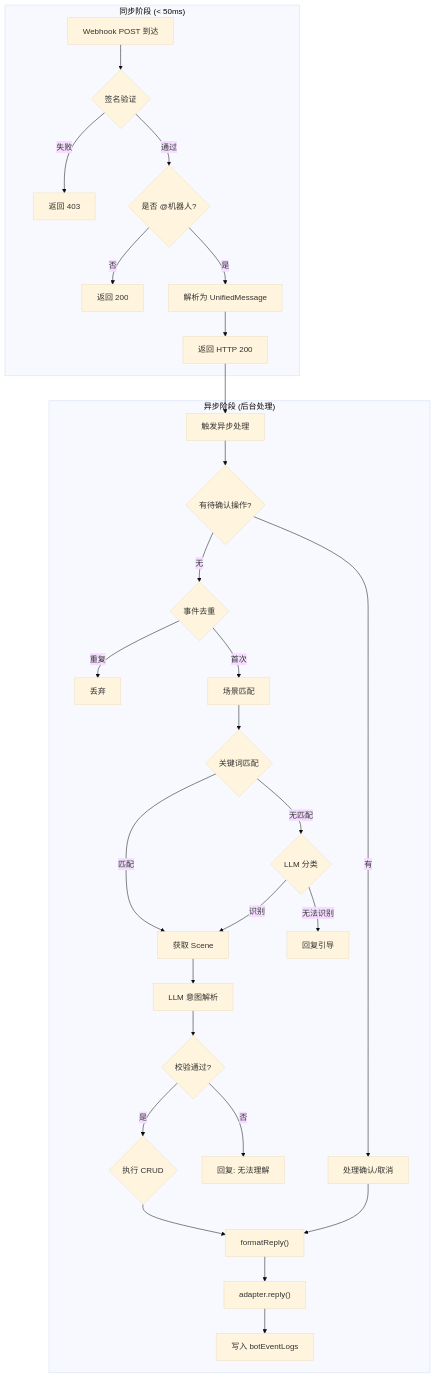
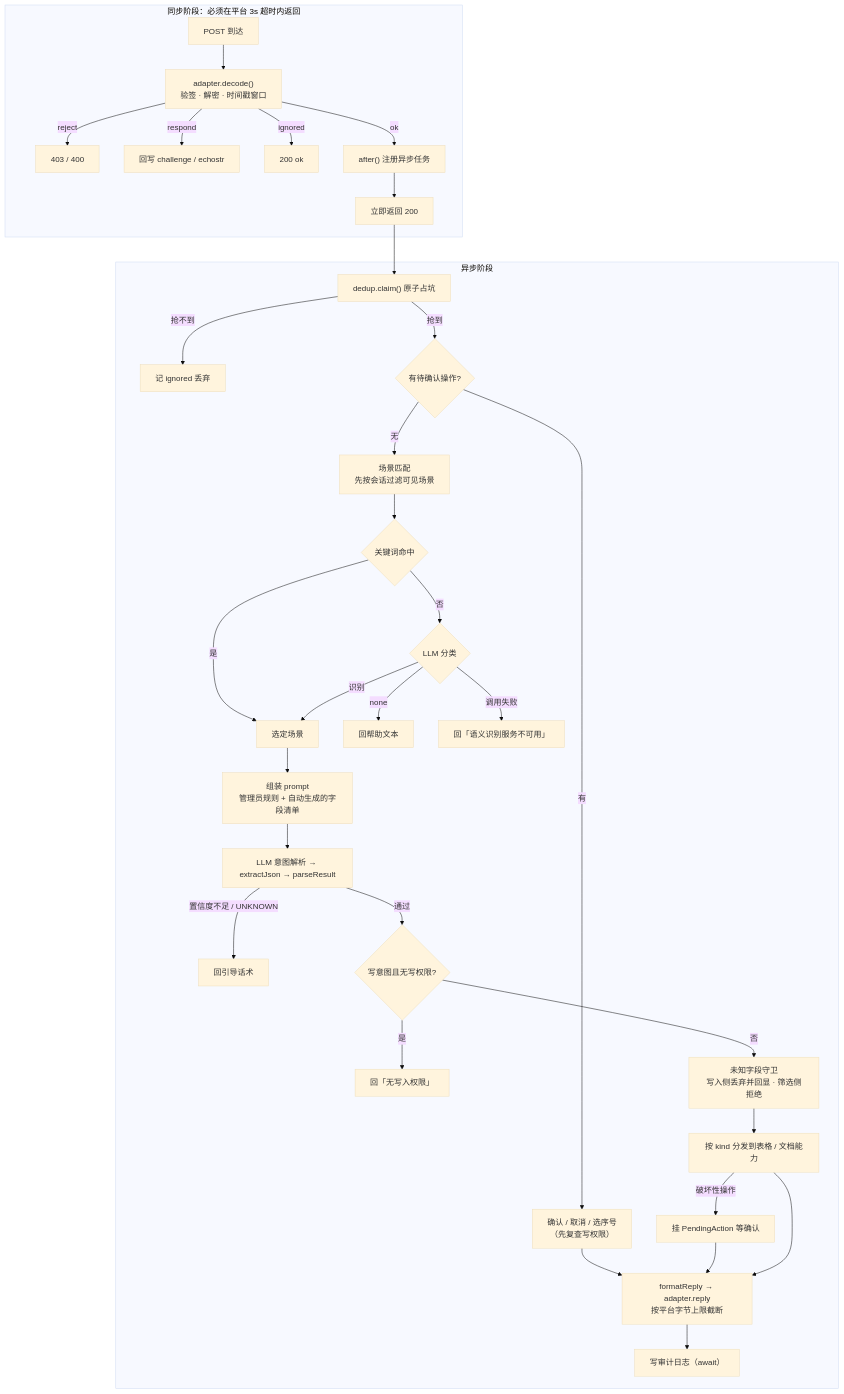
The second of 2 diagrams in docs/im-bot-module.md (sunweijie911/t3-app-temp), drawn with Mermaid (base theme) before and after one commit. The commit also changed other lines of this file, not shown here.

First line of the commit message:
docs(im-bot): 按实现校准架构文档

````diff
--- a/docs/im-bot-module.md
+++ b/docs/im-bot-module.md
@@ -514,37 +360,36 @@
 ```mermaid
 flowchart TD
-    subgraph SYNC["同步阶段 (< 50ms)"]
-        A["Webhook POST 到达"] --> B{"签名验证"}
-        B -->|"失败"| B1["返回 403"]
-        B -->|"通过"| C{"是否 @机器人?"}
-        C -->|"否"| C1["返回 200"]
-        C -->|"是"| D["解析为 UnifiedMessage"]
-        D --> E["返回 HTTP 200"]
+    subgraph SYNC["同步阶段：必须在平台 3s 超时内返回"]
+        A["POST 到达"] --> B["adapter.decode()<br/>验签 · 解密 · 时间戳窗口"]
+        B -->|reject| B1["403 / 400"]
+        B -->|respond| B2["回写 challenge / echostr"]
+        B -->|ignored| B3["200 ok"]
+        B -->|ok| C["after() 注册异步任务"] --> D["立即返回 200"]
     end
 
-    E --> ASYNC_START
+    D --> E
 
-    subgraph ASYNC["异步阶段 (后台处理)"]
-        ASYNC_START["触发异步处理"] --> PA{"有待确认操作?"}
-        PA -->|"有"| PA1["处理确认/取消"]
-        PA -->|"无"| F{"事件去重"}
-        F -->|"重复"| F1["丢弃"]
-        F -->|"首次"| G["场景匹配"]
+    subgraph ASYNC["异步阶段"]
+        E["dedup.claim() 原子占坑"] -->|抢不到| E1["记 ignored 丢弃"]
+        E -->|抢到| F{"有待确认操作?"}
+        F -->|有| F1["确认 / 取消 / 选序号<br/>（先复查写权限）"] --> N
+        F -->|无| G["场景匹配<br/>先按会话过滤可见场景"]
+        G --> G1{"关键词命中"}
+        G1 -->|否| G2{"LLM 分类"}
+        G1 -->|是| H
+        G2 -->|识别| H["选定场景"]
+        G2 -->|none| G3["回帮助文本"]
+        G2 -->|调用失败| G4["回「语义识别服务不可用」"]
 
-        G --> G1{"关键词匹配"}
-        G1 -->|"匹配"| H["获取 Scene"]
-        G1 -->|"无匹配"| G2{"LLM 分类"}
-        G2 -->|"识别"| H
-        G2 -->|"无法识别"| G3["回复引导"]
-
-        H --> I["LLM 意图解析"]
-        I --> J{"校验通过?"}
-        J -->|"否"| J1["回复: 无法理解"]
-        J -->|"是"| K{"执行 CRUD"}
-
-        K --> N["formatReply()"]
-        PA1 --> N
-        N --> O["adapter.reply()"]
-        O --> P["写入 botEventLogs"]
+        H --> I["组装 prompt<br/>管理员规则 + 自动生成的字段清单"]
+        I --> J["LLM 意图解析 → extractJson → parseResult"]
+        J -->|置信度不足 / UNKNOWN| J1["回引导话术"]
+        J -->|通过| K{"写意图且无写权限?"}
+        K -->|是| K1["回「无写入权限」"]
+        K -->|否| L["未知字段守卫<br/>写入侧丢弃并回显 · 筛选侧拒绝"]
+        L --> M["按 kind 分发到表格 / 文档能力"]
+        M -->|破坏性操作| M1["挂 PendingAction 等确认"] --> N
+        M --> N["formatReply → adapter.reply<br/>按平台字节上限截断"]
+        N --> O["写审计日志（await）"]
     end
 ```
````
